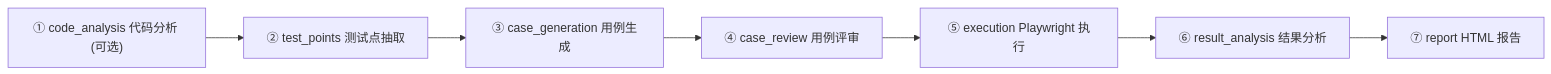
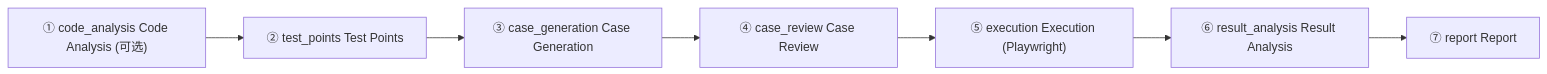
Before and after one commit to yukino-js/26autumn: the diagram in content/docs/yukino-test-agent/pipeline.md, drawn with Mermaid. The commit also changed other lines of this file and 78 other files, not shown here.

````diff
--- a/content/docs/yukino-test-agent/pipeline.md
+++ b/content/docs/yukino-test-agent/pipeline.md
@@ -20,10 +22,10 @@
 ```mermaid
 %%{init: {'themeVariables': {'fontFamily': 'Yukino, Maple Mono, Menlo, Cascadia Code, Sarasa Gothic SC, PingFang SC, Microsoft YaHei'}}}%%
 flowchart LR
-  s1["① code_analysis 代码分析 (可选)"] --> s2["② test_points 测试点抽取"]
-  s2 --> s3["③ case_generation 用例生成"]
-  s3 --> s4["④ case_review 用例评审"]
-  s4 --> s5["⑤ execution Playwright 执行"]
-  s5 --> s6["⑥ result_analysis 结果分析"]
-  s6 --> s7["⑦ report HTML 报告"]
+  s1["① code_analysis Code Analysis (可选)"] --> s2["② test_points Test Points"]
+  s2 --> s3["③ case_generation Case Generation"]
+  s3 --> s4["④ case_review Case Review"]
+  s4 --> s5["⑤ execution Execution (Playwright)"]
+  s5 --> s6["⑥ result_analysis Result Analysis"]
+  s6 --> s7["⑦ report Report"]
 ```
````
